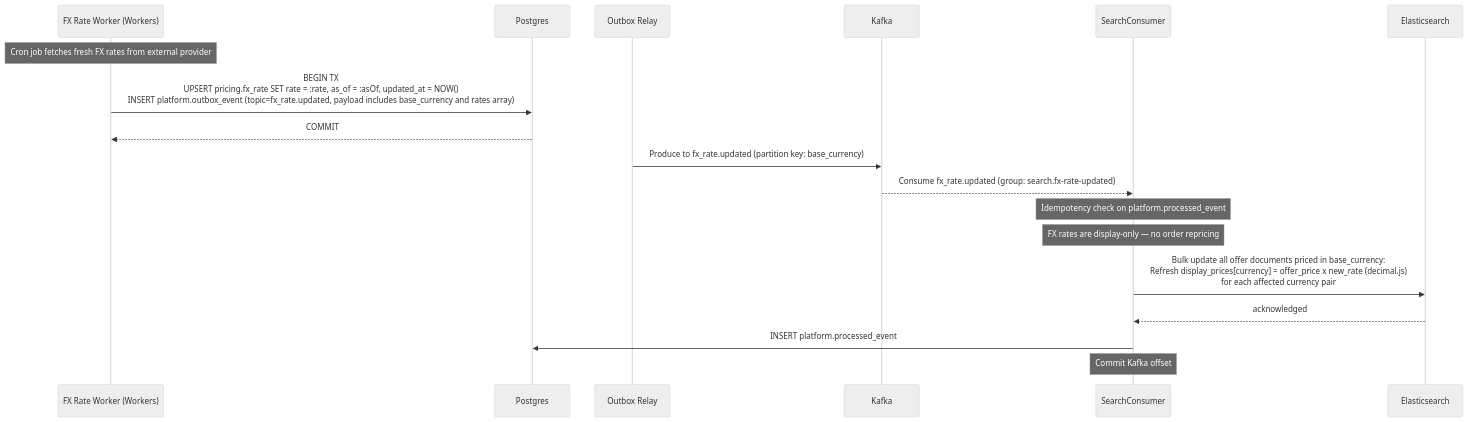
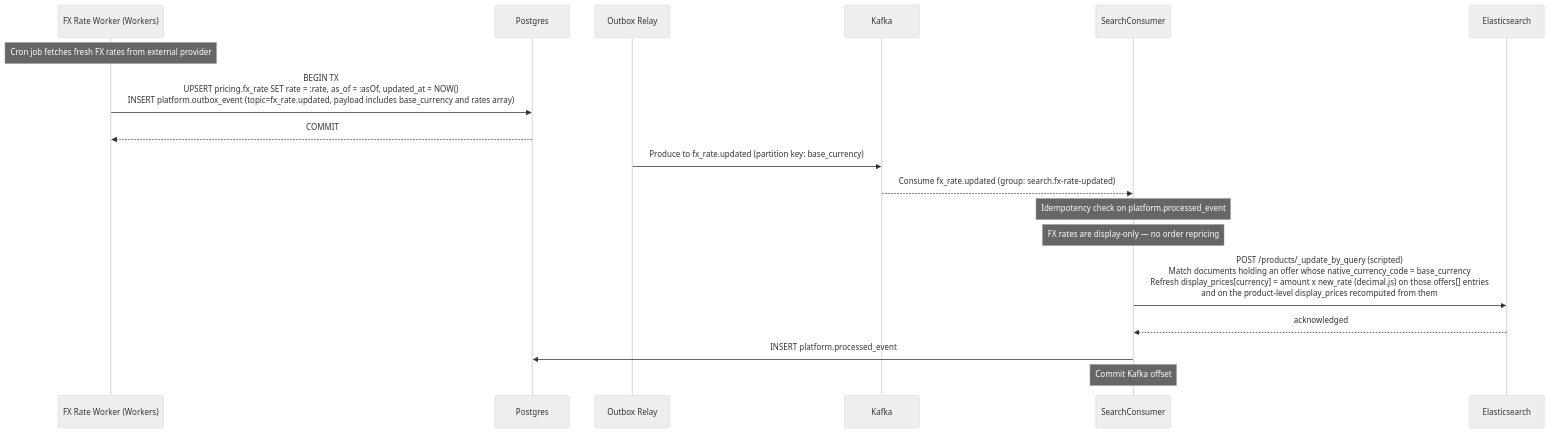
One commit to alisa-uthi/aliceut-ecom-document changed the eighth of 8 diagrams in phase-1/technical-design/api-design/search.md. Above: the diagram before and after it, drawn with Mermaid (neutral theme). The commit also changed other lines of this file and 73 other files, not shown here.

````diff
--- a/phase-1/technical-design/api-design/search.md
+++ b/phase-1/technical-design/api-design/search.md
@@ -332,23 +521,23 @@
 ```mermaid
 sequenceDiagram
     participant FXWorker as FX Rate Worker (Workers)
     participant Postgres
     participant Relay as Outbox Relay
     participant Kafka
     participant Consumer as SearchConsumer
     participant ES as Elasticsearch
 
     Note over FXWorker: Cron job fetches fresh FX rates from external provider
     FXWorker->>Postgres: BEGIN TX<br/>UPSERT pricing.fx_rate SET rate = :rate, as_of = :asOf, updated_at = NOW()<br/>INSERT platform.outbox_event (topic=fx_rate.updated, payload includes base_currency and rates array)
     Postgres-->>FXWorker: COMMIT
 
     Relay->>Kafka: Produce to fx_rate.updated (partition key: base_currency)
 
     Kafka-->>Consumer: Consume fx_rate.updated (group: search.fx-rate-updated)
     Note over Consumer: Idempotency check on platform.processed_event
     Note over Consumer: FX rates are display-only — no order repricing
-    Consumer->>ES: Bulk update all offer documents priced in base_currency:<br/>Refresh display_prices[currency] = offer_price x new_rate (decimal.js)<br/>for each affected currency pair
+    Consumer->>ES: POST /products/_update_by_query (scripted)<br/>Match documents holding an offer whose native_currency_code = base_currency<br/>Refresh display_prices[currency] = amount x new_rate (decimal.js) on those offers[] entries<br/>and on the product-level display_prices recomputed from them
     ES-->>Consumer: acknowledged
     Consumer->>Postgres: INSERT platform.processed_event
     Note over Consumer: Commit Kafka offset
 ```
````
